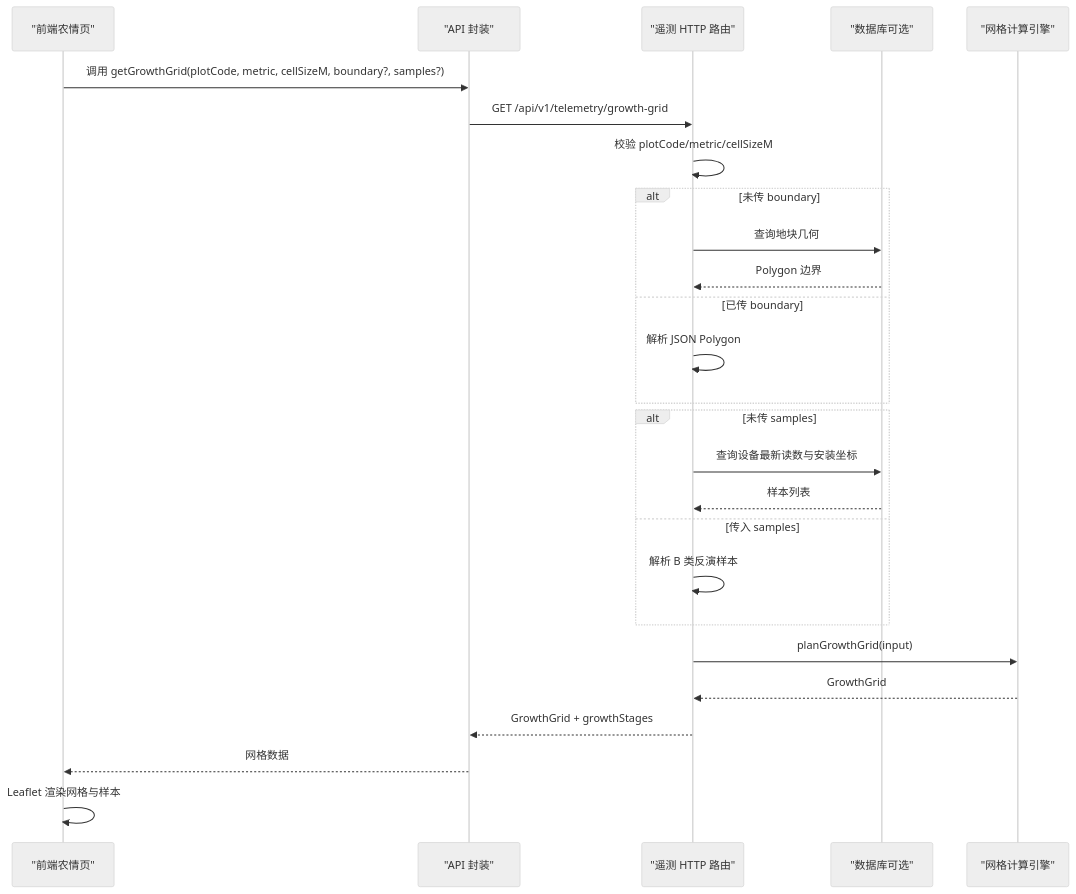
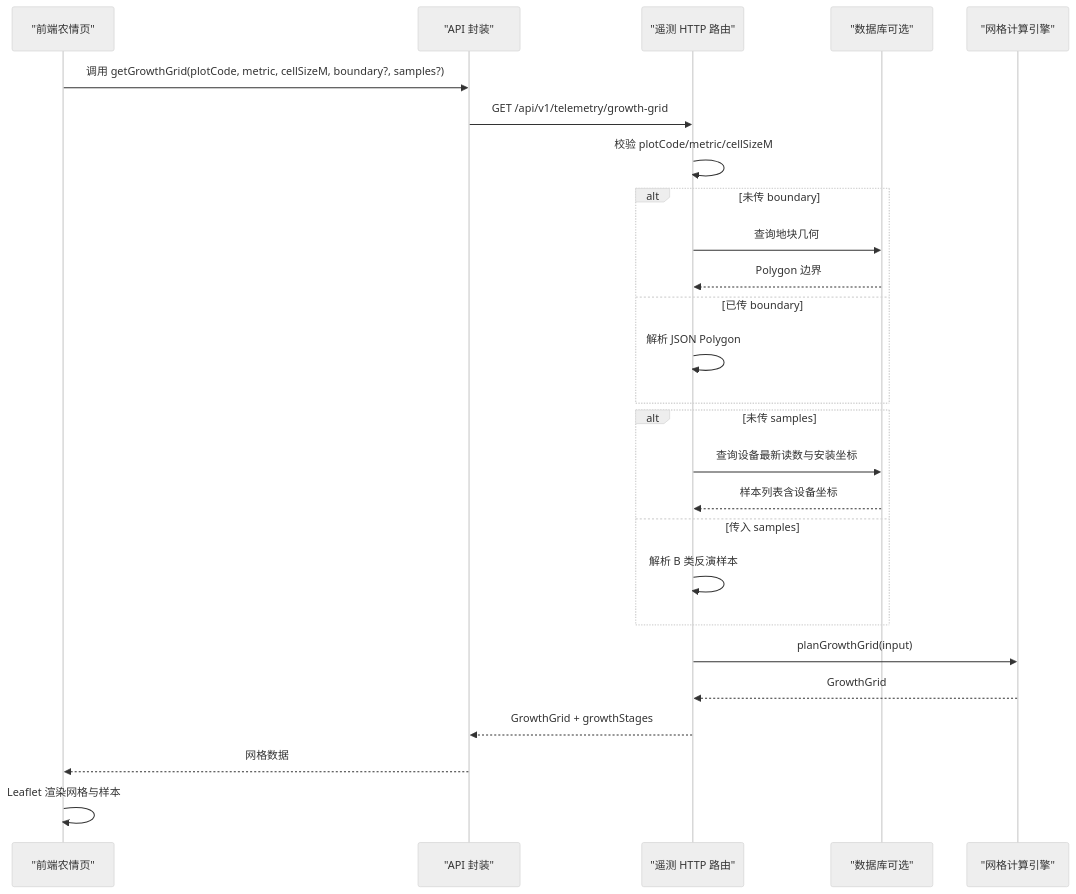
Before and after one commit to q446328246/agri-platform: the second of 8 diagrams in .qoder/repowiki/zh/content/核心服务文档/遥测数据服务/地块生长网格热力图.md, drawn with Mermaid (neutral theme). The commit also changed other lines of this file and 47 other files, not shown here.

````diff
--- a/.qoder/repowiki/zh/content/核心服务文档/遥测数据服务/地块生长网格热力图.md
+++ b/.qoder/repowiki/zh/content/核心服务文档/遥测数据服务/地块生长网格热力图.md
@@ -72,28 +87,28 @@
 ```mermaid
 sequenceDiagram
 participant FE as "前端农情页"
 participant API as "API 封装"
 participant HTTP as "遥测 HTTP 路由"
 participant DB as "数据库可选"
 participant ENG as "网格计算引擎"
 FE->>API : 调用 getGrowthGrid(plotCode, metric, cellSizeM, boundary?, samples?)
 API->>HTTP : GET /api/v1/telemetry/growth-grid
 HTTP->>HTTP : 校验 plotCode/metric/cellSizeM
 alt 未传 boundary
 HTTP->>DB : 查询地块几何
 DB-->>HTTP : Polygon 边界
 else 已传 boundary
 HTTP->>HTTP : 解析 JSON Polygon
 end
 alt 未传 samples
 HTTP->>DB : 查询设备最新读数与安装坐标
-DB-->>HTTP : 样本列表
+DB-->>HTTP : 样本列表含设备坐标
 else 传入 samples
 HTTP->>HTTP : 解析 B 类反演样本
 end
 HTTP->>ENG : planGrowthGrid(input)
 ENG-->>HTTP : GrowthGrid
 HTTP-->>API : GrowthGrid + growthStages
 API-->>FE : 网格数据
 FE->>FE : Leaflet 渲染网格与样本
 ```
````
